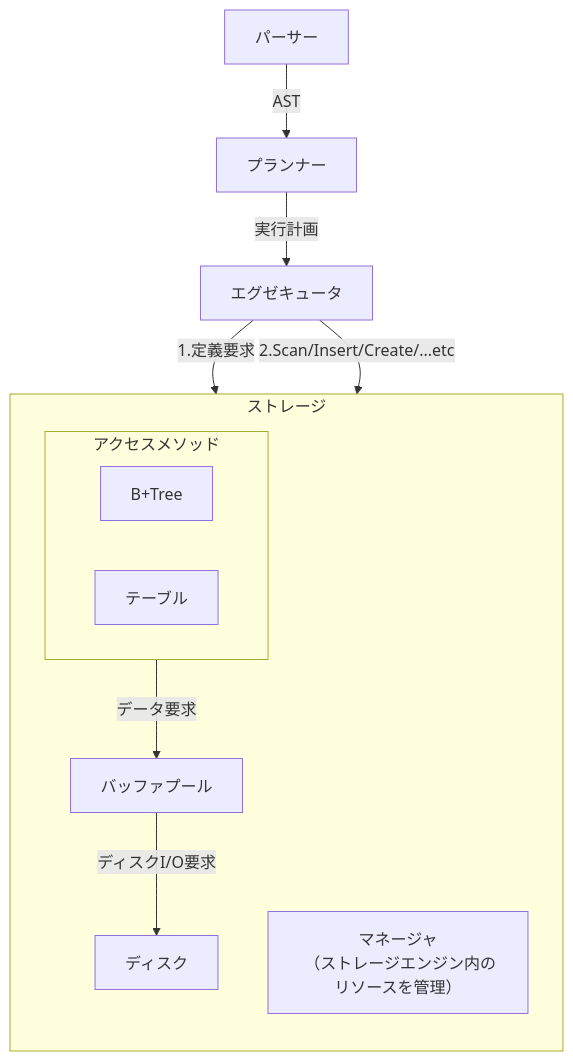
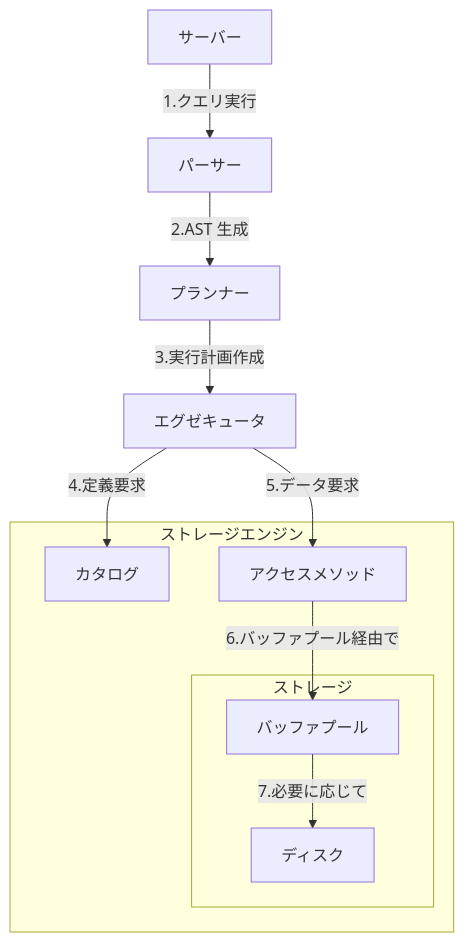
One commit to ren-yamanashi/minesql changed the diagram in docs/architecture/overview.md. Above: the diagram before and after it, drawn with Mermaid. The commit also changed other lines of this file and 3 other files, not shown here.

````diff
--- a/docs/architecture/overview.md
+++ b/docs/architecture/overview.md
@@ -14,18 +16,26 @@
 ```mermaid
 graph TD
-    parser[パーサー] --AST--> planner[プランナー]
-    planner --実行計画-->executor[エグゼキュータ]
-    executor --1.定義要求--> manager[マネージャ]
-    executor --2.Scan/Insert/Create/...etc--> accessMethod[アクセスメソッド]
+    server[サーバー]
+    parser[パーサー]
+    planner[プランナー]
+    executor[エグゼキュータ]
 
-    subgraph storageEngine[ストレージ]
-        direction TB
-        subgraph accessMethod[アクセスメソッド]
-            b-tree[B+Tree]
-            table[テーブル]
+    server --1.クエリ実行--> parser
+    parser --2.AST 生成--> planner
+    planner --3.実行計画作成--> executor
+    executor --4.定義要求--> catalog
+    executor --5.データ要求--> access
+    access --6.バッファプール経由で--> bufferpool
+
+    subgraph storageEngine[ストレージエンジン]
+        catalog[カタログ]
+        access[アクセスメソッド]
+
+        subgraph storage[ストレージ]
+            bufferpool[バッファプール]
+            disk[ディスク]
+
+            bufferpool --7.必要に応じて--> disk
         end
-        manager[マネージャ<br/> （ストレージエンジン内のリソースを管理）]
-        accessMethod[アクセスメソッド] --データ要求-->bufferPool[バッファプール]
-        bufferPool --ディスクI/O要求-->diskManager[ディスク]
     end
 ```
````
